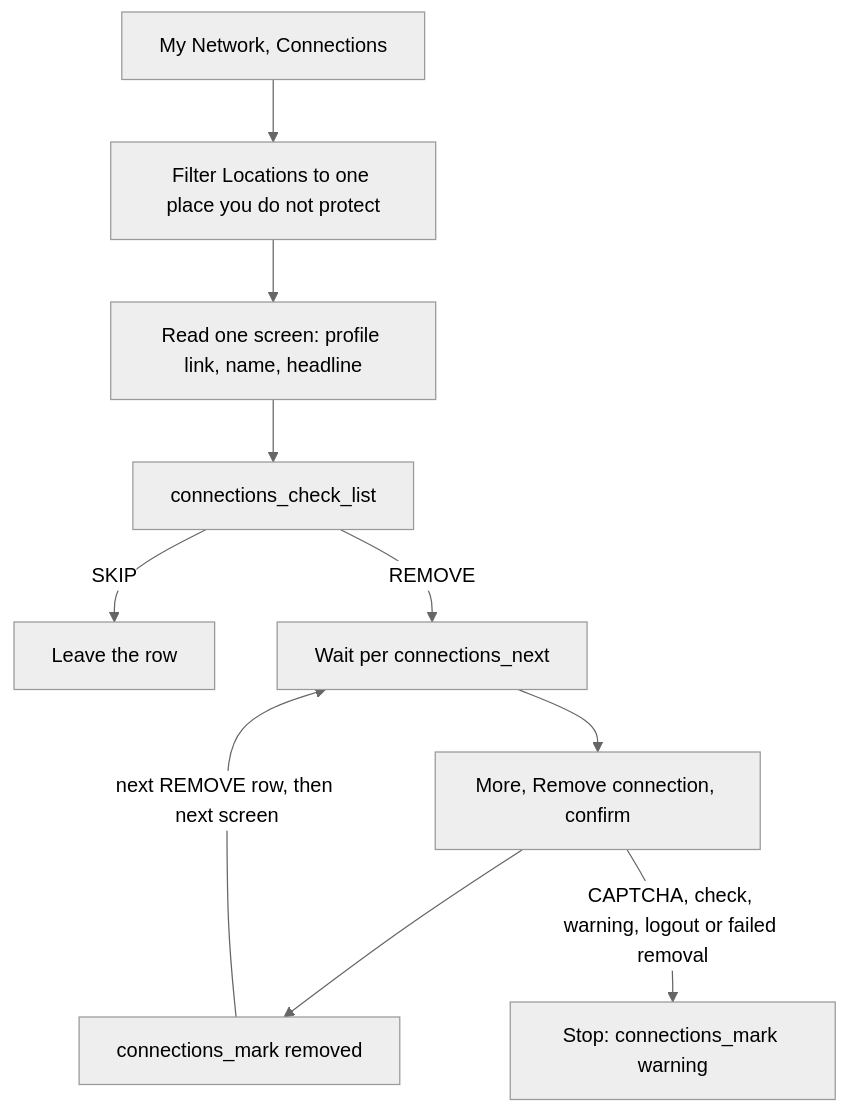
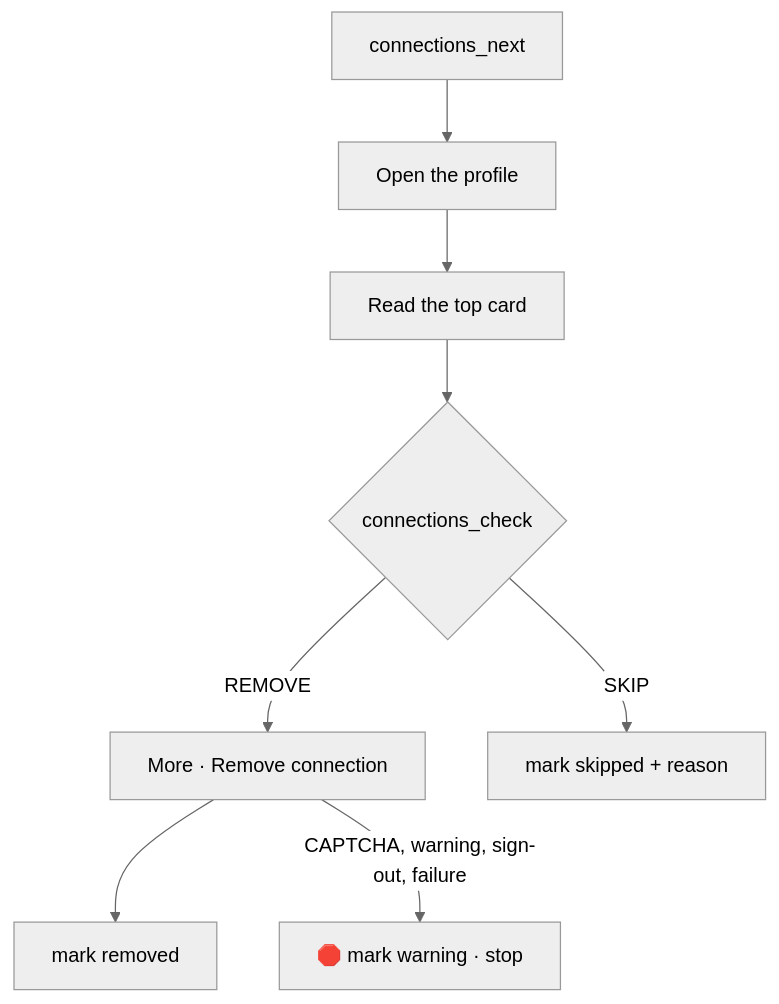
One commit to Colorado-Startups/link changed the second of 2 diagrams in docs/connections.md. Above: the diagram before and after it, drawn with Mermaid (neutral theme). The commit also changed other lines of this file and 5 other files, not shown here.

````diff
--- a/docs/connections.md
+++ b/docs/connections.md
@@ -86,10 +33,7 @@
 ```mermaid
 flowchart TD
-  O[My Network, Connections] --> F[Filter Locations to one place you do not protect]
-  F --> R[Read one screen: profile link, name, headline]
-  R --> K[connections_check_list]
-  K -->|SKIP| T[Leave the row]
-  K -->|REMOVE| W[Wait per connections_next] --> X[More, Remove connection, confirm] --> M[connections_mark removed]
-  M -->|next REMOVE row, then next screen| W
-  X -->|CAPTCHA, check, warning, logout or failed removal| H[Stop: connections_mark warning]
+  N["connections_next"] --> O["Open the profile"] --> T["Read the top card"] --> C{"connections_check"}
+  C -->|REMOVE| X["More · Remove connection"] --> M1["mark removed"]
+  C -->|SKIP| M2["mark skipped + reason"]
+  X -->|"CAPTCHA, warning, sign-out, failure"| H["🛑 mark warning · stop"]
 ```
````
